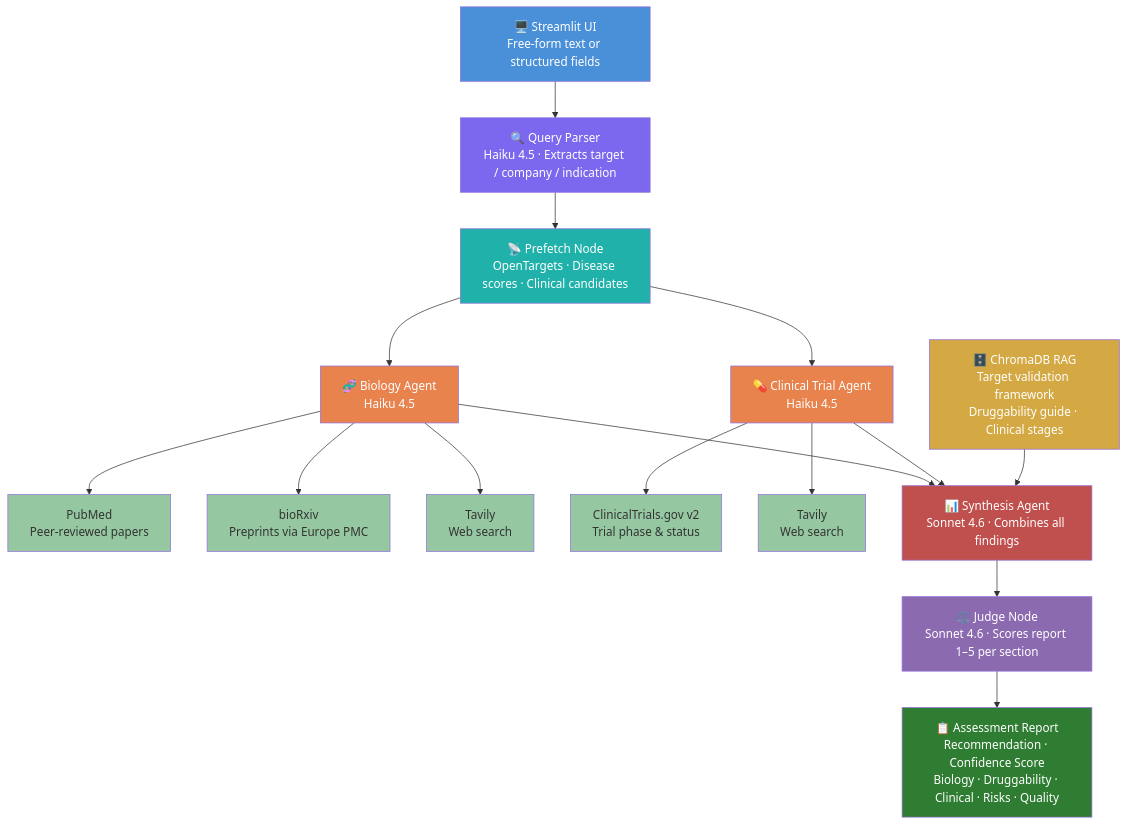
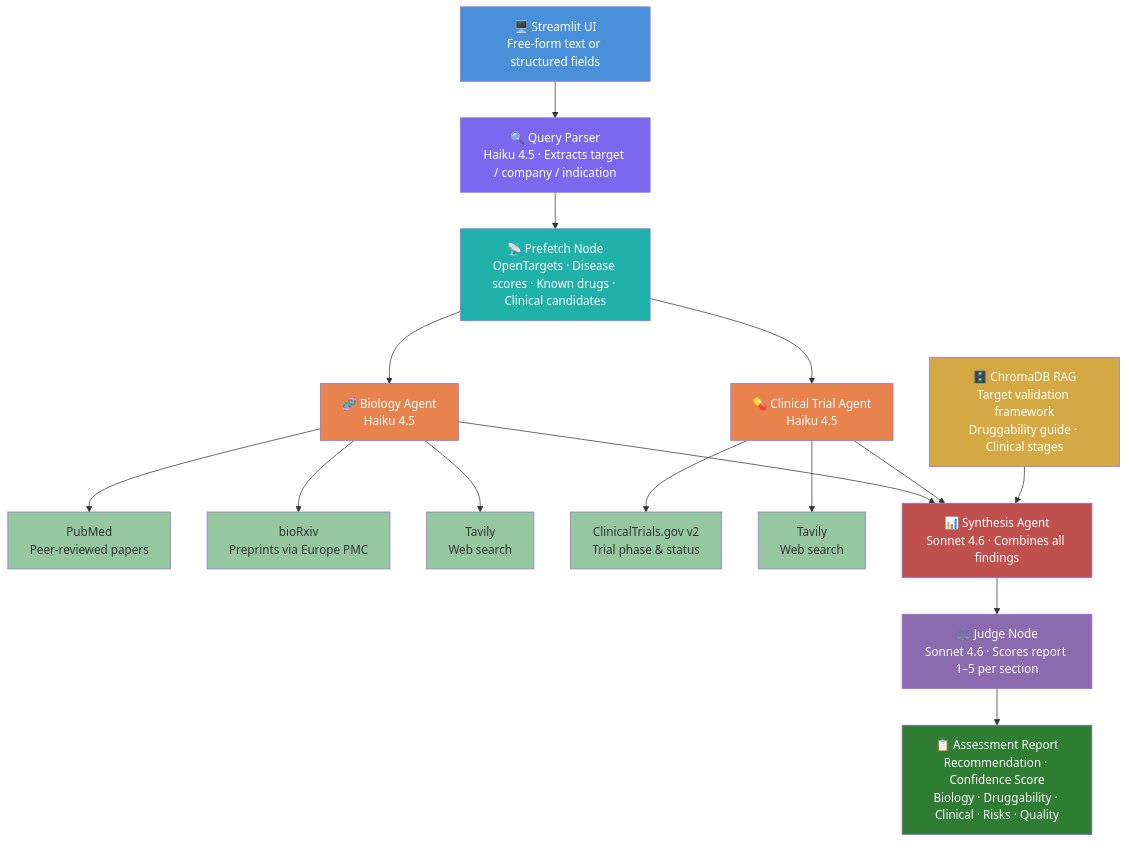
Before and after one commit to soffiett/biotech-target-agent: the diagram in README.md, drawn with Mermaid. The commit also changed other lines of this file, not shown here.

First line of the commit message:
Clean up README — remove UniProt references and ASCII diagram

````diff
--- a/README.md
+++ b/README.md
@@ -13,43 +13,43 @@
 ```mermaid
 flowchart TD
     UI["🖥️ Streamlit UI\nFree-form text or structured fields"]
     QP["🔍 Query Parser\nHaiku 4.5 · Extracts target / company / indication"]
-    PF["📡 Prefetch Node\nOpenTargets · Disease scores · Clinical candidates"]
+    PF["📡 Prefetch Node\nOpenTargets · Disease scores · Known drugs · Clinical candidates"]
 
     BIO["🧬 Biology Agent\nHaiku 4.5"]
     CT["💊 Clinical Trial Agent\nHaiku 4.5"]
 
     PM["PubMed\nPeer-reviewed papers"]
     BRX["bioRxiv\nPreprints via Europe PMC"]
     TW1["Tavily\nWeb search"]
     CTG["ClinicalTrials.gov v2\nTrial phase & status"]
     TW2["Tavily\nWeb search"]
 
     RAG["🗄️ ChromaDB RAG\nTarget validation framework\nDruggability guide · Clinical stages"]
     SYN["📊 Synthesis Agent\nSonnet 4.6 · Combines all findings"]
     JDG["⚖️ Judge Node\nSonnet 4.6 · Scores report 1–5 per section"]
     OUT["📋 Assessment Report\nRecommendation · Confidence Score\nBiology · Druggability · Clinical · Risks · Quality"]
 
     UI --> QP --> PF
     PF --> BIO & CT
     BIO --> PM & BRX & TW1
     CT --> CTG & TW2
     BIO & CT --> SYN
     RAG --> SYN
     SYN --> JDG --> OUT
 
     style UI fill:#4A90D9,color:#fff
     style QP fill:#7B68EE,color:#fff
     style PF fill:#20B2AA,color:#fff
     style BIO fill:#E8834E,color:#fff
     style CT fill:#E8834E,color:#fff
     style PM fill:#95C8A0,color:#333
     style BRX fill:#95C8A0,color:#333
     style TW1 fill:#95C8A0,color:#333
     style CTG fill:#95C8A0,color:#333
     style TW2 fill:#95C8A0,color:#333
     style RAG fill:#D4A843,color:#fff
     style SYN fill:#C0504D,color:#fff
     style JDG fill:#8B6AB0,color:#fff
     style OUT fill:#2E7D32,color:#fff
 ```
````
